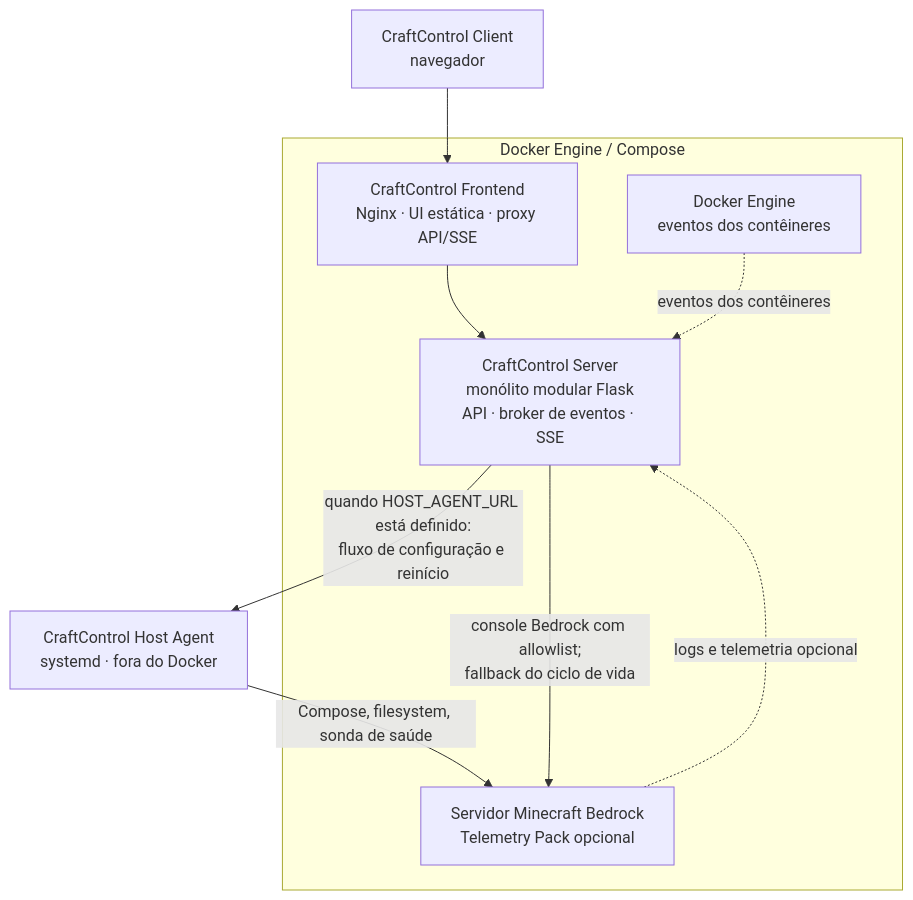
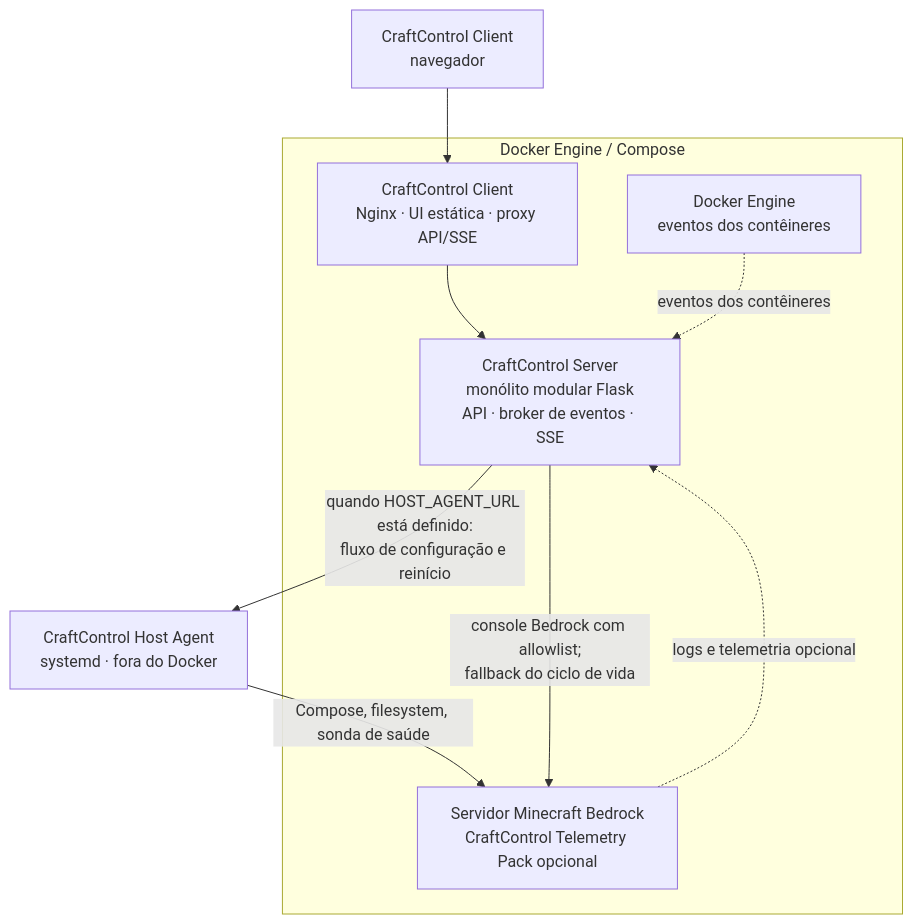
One commit to dgaramos/craftcontrol changed the first of 5 diagrams in README.pt-BR.md. Above: the diagram before and after it, drawn with Mermaid. The commit also changed other lines of this file and 11 other files, not shown here.

Commit message:
docs(architecture): standardize runtime service names (#339)

````diff
--- a/README.pt-BR.md
+++ b/README.pt-BR.md
@@ -59,21 +59,21 @@
 ```mermaid
 flowchart TD
     client["CraftControl Client<br/>navegador"]
 
     subgraph docker["Docker Engine / Compose"]
-        frontend["CraftControl Frontend<br/>Nginx · UI estática · proxy API/SSE"]
+        frontend["CraftControl Client<br/>Nginx · UI estática · proxy API/SSE"]
         server["CraftControl Server<br/>monólito modular Flask<br/>API · broker de eventos · SSE"]
-        bedrock["Servidor Minecraft Bedrock<br/>Telemetry Pack opcional"]
+        bedrock["Servidor Minecraft Bedrock<br/>CraftControl Telemetry Pack opcional"]
         daemon["Docker Engine<br/>eventos dos contêineres"]
         frontend --> server
     end
 
     agent["CraftControl Host Agent<br/>systemd · fora do Docker"]
 
     client --> frontend
     server -->|"quando HOST_AGENT_URL está definido:<br/>fluxo de configuração e reinício"| agent
     agent -->|"Compose, filesystem, sonda de saúde"| bedrock
     server -->|"console Bedrock com allowlist;<br/>fallback do ciclo de vida"| bedrock
     bedrock -. "logs e telemetria opcional" .-> server
     daemon -. "eventos dos contêineres" .-> server
 ```
````
